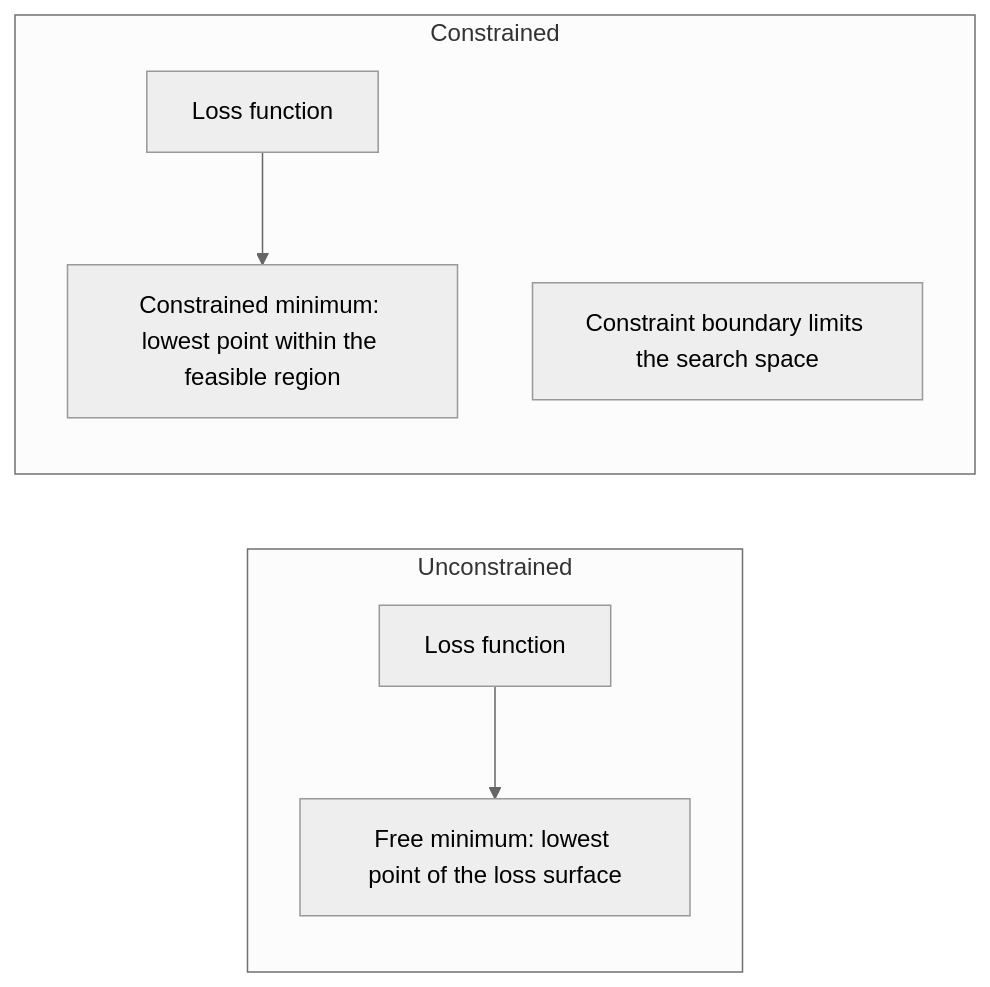
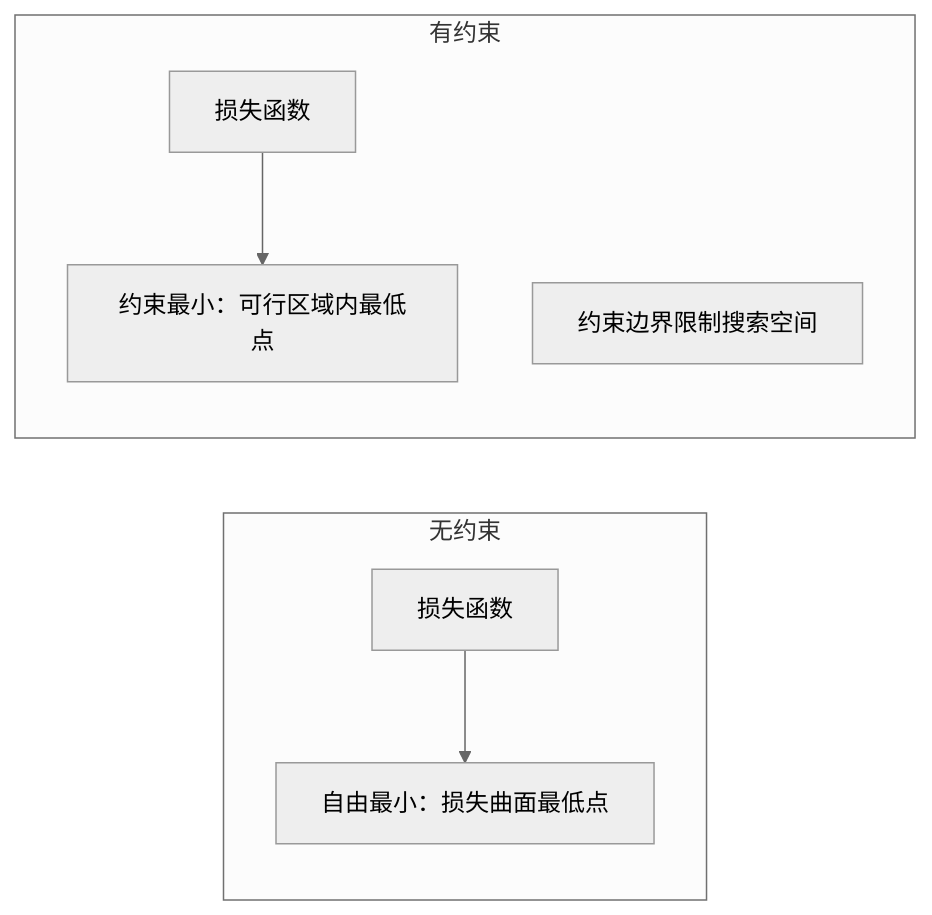
Before and after one commit to omigaZen/ai-engineering-from-scratch: the third of 4 diagrams in phases/01-math-foundations/18-convex-optimization/docs/zh.md, drawn with Mermaid (neutral theme). The commit also changed other lines of this file, not shown here.

````diff
--- a/phases/01-math-foundations/18-convex-optimization/docs/zh.md
+++ b/phases/01-math-foundations/18-convex-optimization/docs/zh.md
@@ -209,10 +205,10 @@
 ```mermaid
 graph LR
-    subgraph "Unconstrained"
-        U1["Loss function"] --> U2["Free minimum: lowest point of the loss surface"]
+    subgraph "无约束"
+        U1["损失函数"] --> U2["自由最小：损失曲面最低点"]
     end
-    subgraph "Constrained"
-        C1["Loss function"] --> C2["Constrained minimum: lowest point within the feasible region"]
-        C3["Constraint boundary limits the search space"]
+    subgraph "有约束"
+        C1["损失函数"] --> C2["约束最小：可行区域内最低点"]
+        C3["约束边界限制搜索空间"]
     end
 ```
````
